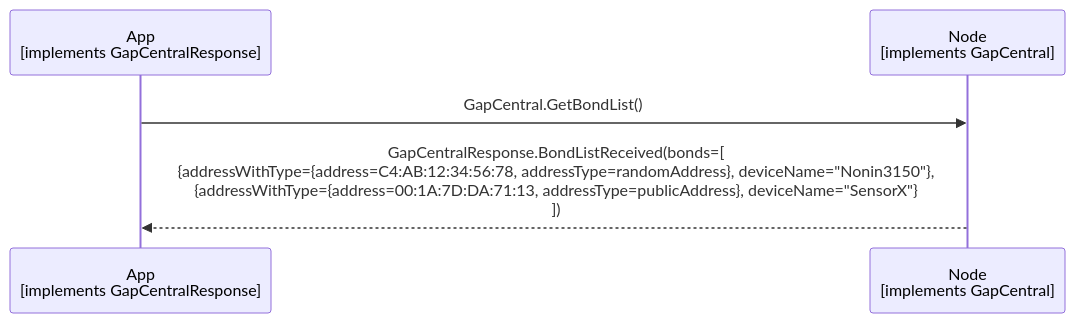
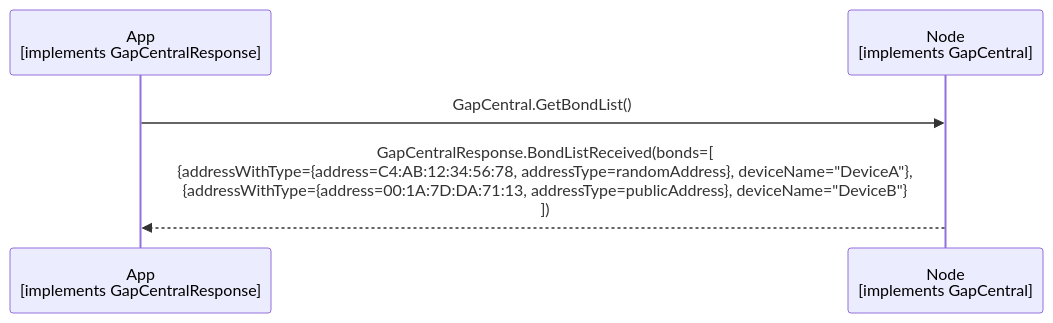
Before and after one commit to philips-software/amp-embedded-infra-lib: the diagram in documents/modules/ROOT/partials/echoservices/gap_central/GapCentral_GetBondList_sequence.mmd, drawn with Mermaid. The commit also changed 35 other files, not shown here.

```diff
--- a/documents/modules/ROOT/partials/echoservices/gap_central/GapCentral_GetBondList_sequence.mmd
+++ b/documents/modules/ROOT/partials/echoservices/gap_central/GapCentral_GetBondList_sequence.mmd
@@ -1,5 +1,5 @@
 sequenceDiagram
     participant App as App<br>[implements GapCentralResponse]
     participant Node as Node<br>[implements GapCentral]
     App->>Node: GapCentral.GetBondList()
-    Node-->>App: GapCentralResponse.BondListReceived(bonds=[<br>{addressWithType={address=C4:AB:12:34:56:78, addressType=randomAddress}, deviceName="Nonin3150"},<br>{addressWithType={address=00:1A:7D:DA:71:13, addressType=publicAddress}, deviceName="SensorX"}<br>])
+    Node-->>App: GapCentralResponse.BondListReceived(bonds=[<br>{addressWithType={address=C4:AB:12:34:56:78, addressType=randomAddress}, deviceName="DeviceA"},<br>{addressWithType={address=00:1A:7D:DA:71:13, addressType=publicAddress}, deviceName="DeviceB"}<br>])
```
